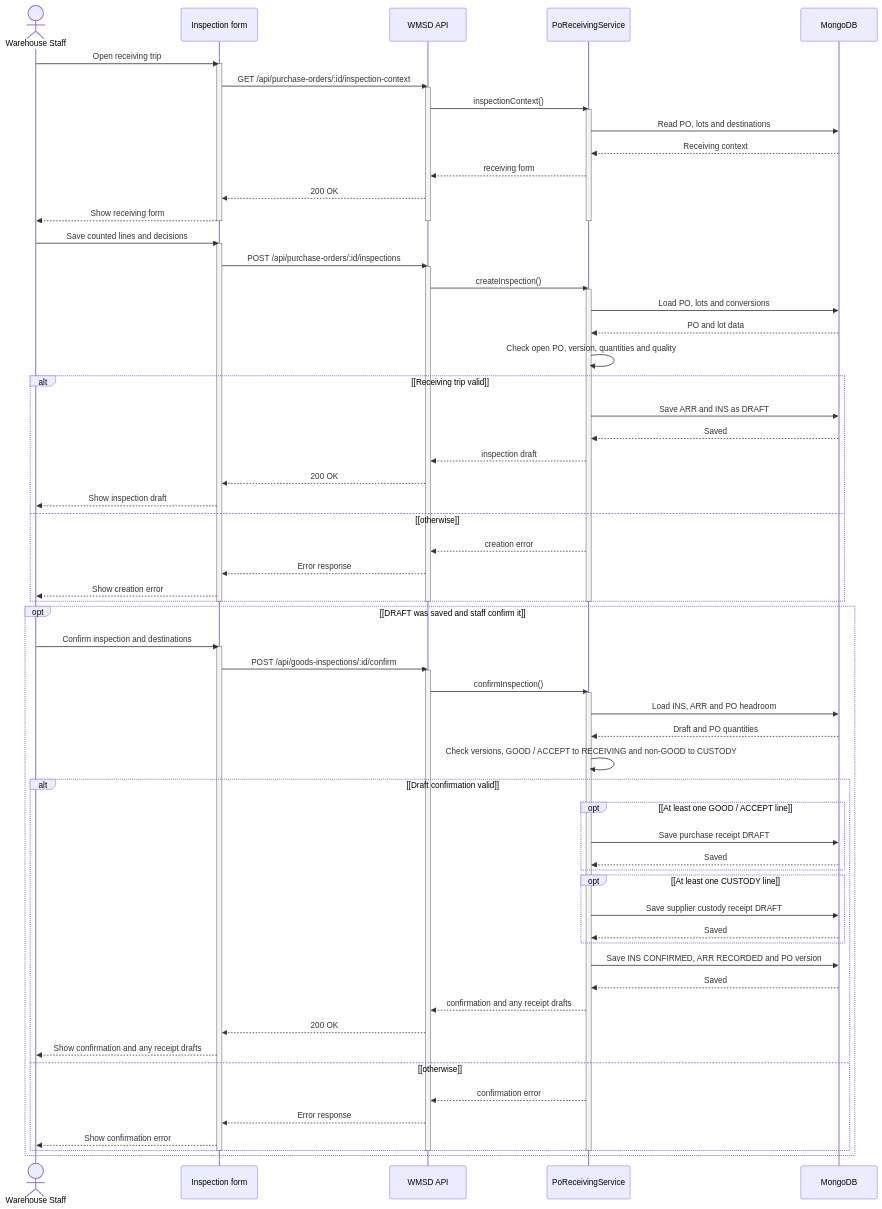
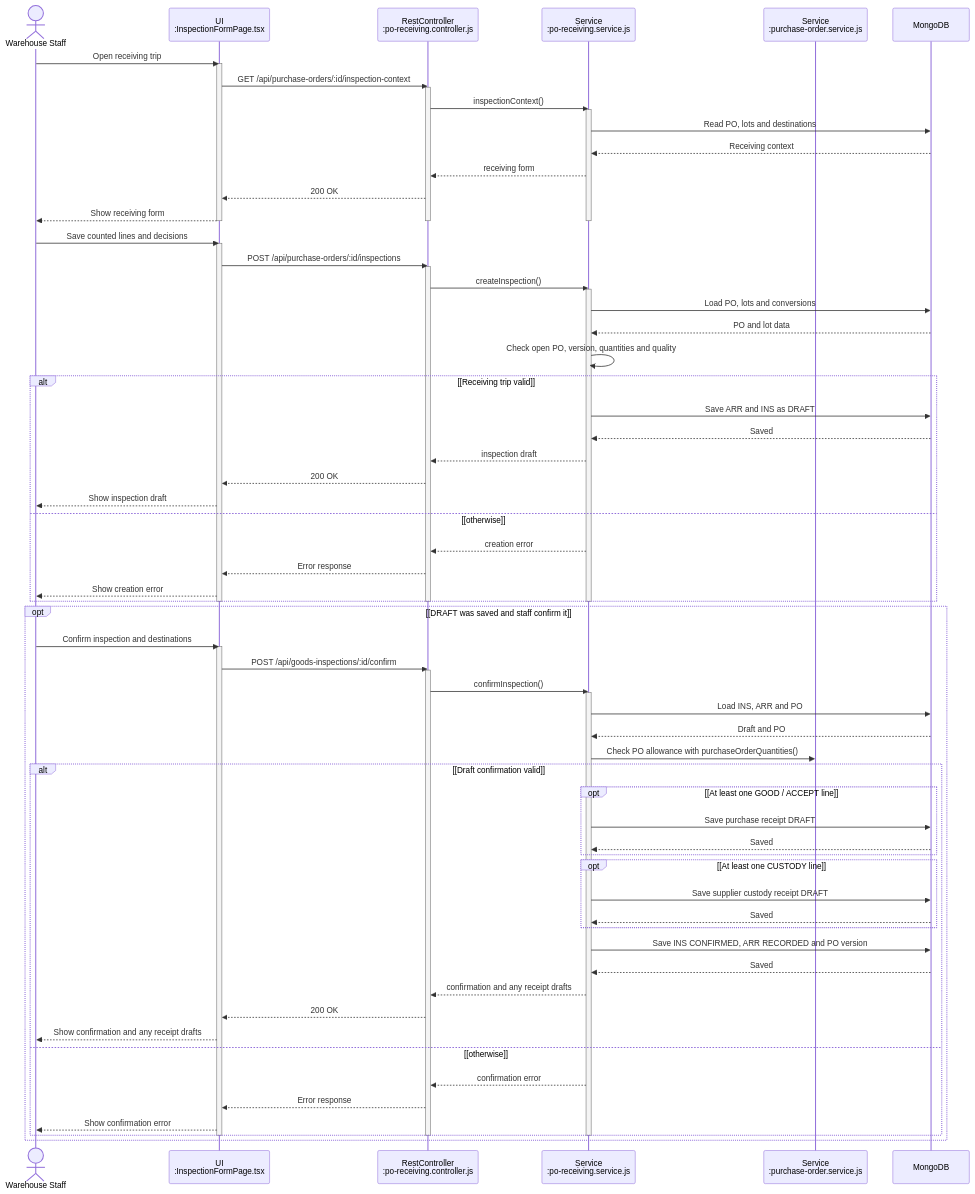
One commit to bupbalabup/wmsd_be changed diagram 17 of 46 in git_doc/docs/01_bao_cao/WMSD_Report4_Draft.md. Above: the diagram before and after it, drawn with Mermaid. The commit also changed other lines of this file and 80 other files, not shown here.

First line of the commit message:
feat(purchase): implement core purchase functionalities and validation schemas

````diff
--- a/git_doc/docs/01_bao_cao/WMSD_Report4_Draft.md
+++ b/git_doc/docs/01_bao_cao/WMSD_Report4_Draft.md
@@ -1224,78 +1223,79 @@
 ```mermaid
 sequenceDiagram
   actor X as Warehouse Staff
-  participant U as Inspection form
-  participant A as WMSD API
-  participant S as PoReceivingService
+  participant U as UI<br/>:InspectionFormPage.tsx
+  participant A as RestController<br/>:po-receiving.controller.js
+  participant S as Service<br/>:po-receiving.service.js
+  participant T as Service<br/>:purchase-order.service.js
   participant D as MongoDB
   X->>U: Open receiving trip
   activate U
   U->>A: GET /api/purchase-orders/:id/inspection-context
   activate A
   A->>S: inspectionContext()
   activate S
   S->>D: Read PO, lots and destinations
   D-->>S: Receiving context
   S-->>A: receiving form
   A-->>U: 200 OK
   U-->>X: Show receiving form
   deactivate S
   deactivate A
   deactivate U
   X->>U: Save counted lines and decisions
   activate U
   U->>A: POST /api/purchase-orders/:id/inspections
   activate A
   A->>S: createInspection()
   activate S
   S->>D: Load PO, lots and conversions
   D-->>S: PO and lot data
   S->>S: Check open PO, version, quantities and quality
   alt [Receiving trip valid]
     S->>D: Save ARR and INS as DRAFT
     D-->>S: Saved
     S-->>A: inspection draft
     A-->>U: 200 OK
     U-->>X: Show inspection draft
   else [otherwise]
     S-->>A: creation error
     A-->>U: Error response
     U-->>X: Show creation error
   end
   deactivate S
   deactivate A
   deactivate U
   opt [DRAFT was saved and staff confirm it]
     X->>U: Confirm inspection and destinations
     activate U
     U->>A: POST /api/goods-inspections/:id/confirm
     activate A
     A->>S: confirmInspection()
     activate S
-    S->>D: Load INS, ARR and PO headroom
-    D-->>S: Draft and PO quantities
-    S->>S: Check versions, GOOD / ACCEPT to RECEIVING and non-GOOD to CUSTODY
+    S->>D: Load INS, ARR and PO
+    D-->>S: Draft and PO
+    S->>T: Check PO allowance with purchaseOrderQuantities()
     alt [Draft confirmation valid]
       opt [At least one GOOD / ACCEPT line]
         S->>D: Save purchase receipt DRAFT
         D-->>S: Saved
       end
       opt [At least one CUSTODY line]
         S->>D: Save supplier custody receipt DRAFT
         D-->>S: Saved
       end
       S->>D: Save INS CONFIRMED, ARR RECORDED and PO version
       D-->>S: Saved
       S-->>A: confirmation and any receipt drafts
       A-->>U: 200 OK
       U-->>X: Show confirmation and any receipt drafts
     else [otherwise]
       S-->>A: confirmation error
       A-->>U: Error response
       U-->>X: Show confirmation error
     end
     deactivate S
     deactivate A
     deactivate U
   end
 ```
````
